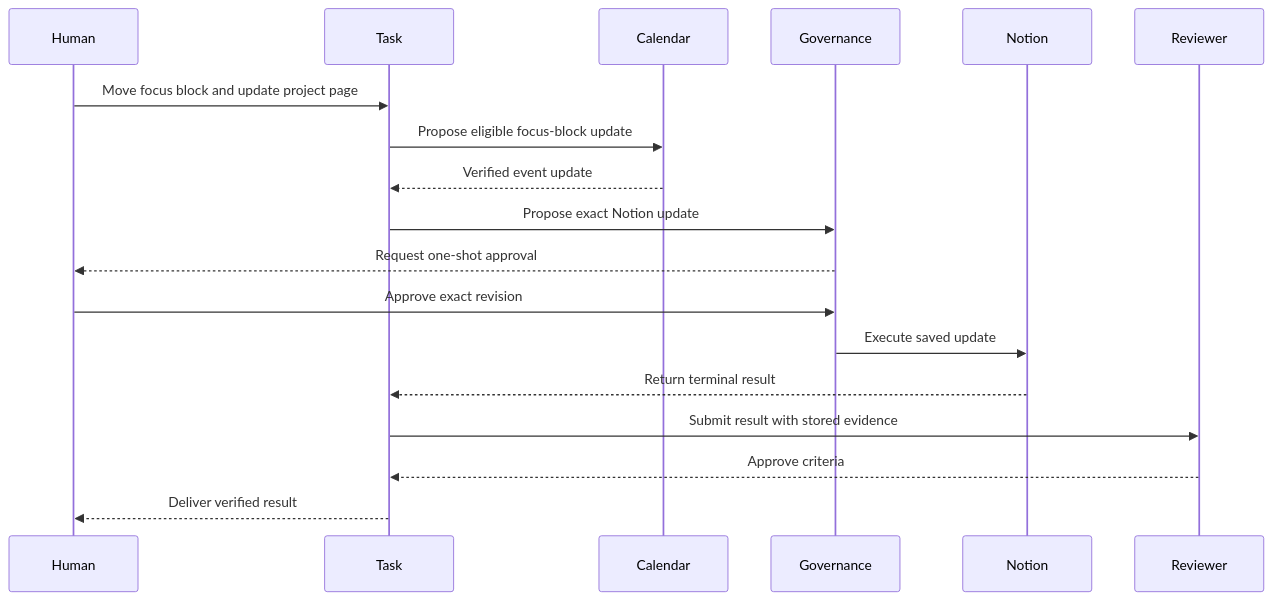
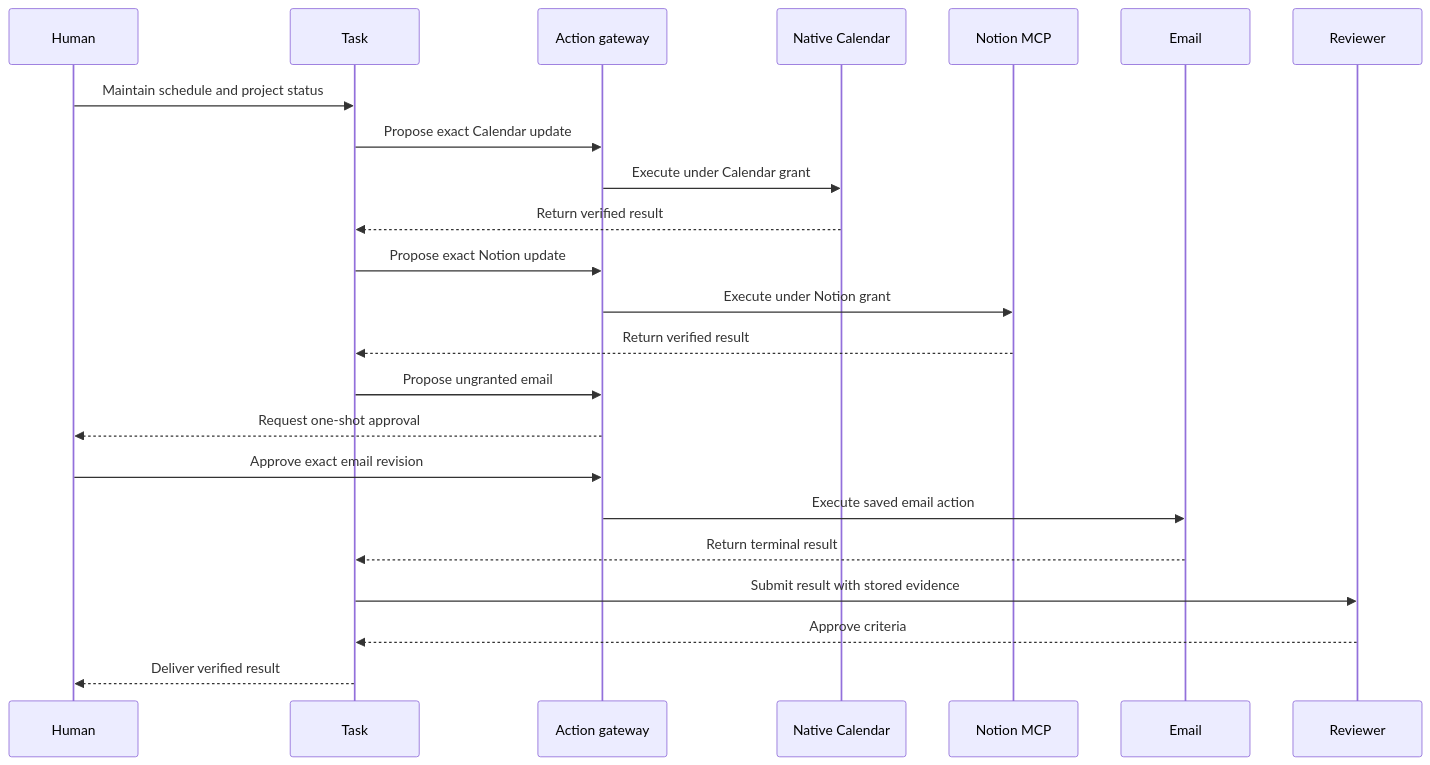
One commit to kpsuperplane/Noema changed diagram 25 of 26 in docs/superpowers/plans/2026-08-08-noema-practical-reliability-roadmap.md. Above: the diagram before and after it, drawn with Mermaid. The commit also changed other lines of this file, not shown here.

Commit message:
docs: generalize schema and action authority roadmap

````diff
--- a/docs/superpowers/plans/2026-08-08-noema-practical-reliability-roadmap.md
+++ b/docs/superpowers/plans/2026-08-08-noema-practical-reliability-roadmap.md
@@ -1108,21 +1315,26 @@
 ```mermaid
 sequenceDiagram
     participant Human
     participant Task
-    participant Calendar
-    participant Governance
-    participant Notion
+    participant Gateway as Action gateway
+    participant Calendar as Native Calendar
+    participant Notion as Notion MCP
+    participant Email
     participant Reviewer
 
-    Human->>Task: Move focus block and update project page
-    Task->>Calendar: Propose eligible focus-block update
-    Calendar-->>Task: Verified event update
-    Task->>Governance: Propose exact Notion update
-    Governance-->>Human: Request one-shot approval
-    Human->>Governance: Approve exact revision
-    Governance->>Notion: Execute saved update
-    Notion-->>Task: Return terminal result
+    Human->>Task: Maintain schedule and project status
+    Task->>Gateway: Propose exact Calendar update
+    Gateway->>Calendar: Execute under Calendar grant
+    Calendar-->>Task: Return verified result
+    Task->>Gateway: Propose exact Notion update
+    Gateway->>Notion: Execute under Notion grant
+    Notion-->>Task: Return verified result
+    Task->>Gateway: Propose ungranted email
+    Gateway-->>Human: Request one-shot approval
+    Human->>Gateway: Approve exact email revision
+    Gateway->>Email: Execute saved email action
+    Email-->>Task: Return terminal result
     Task->>Reviewer: Submit result with stored evidence
     Reviewer-->>Task: Approve criteria
     Task-->>Human: Deliver verified result
 ```
````
